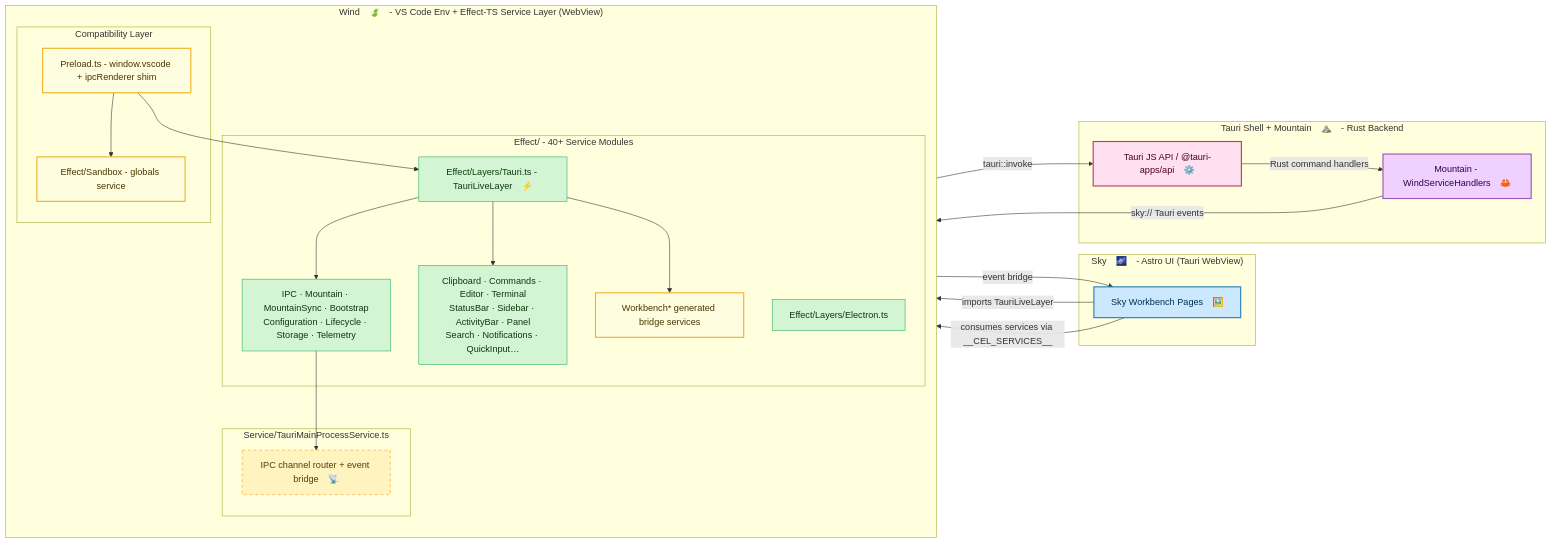
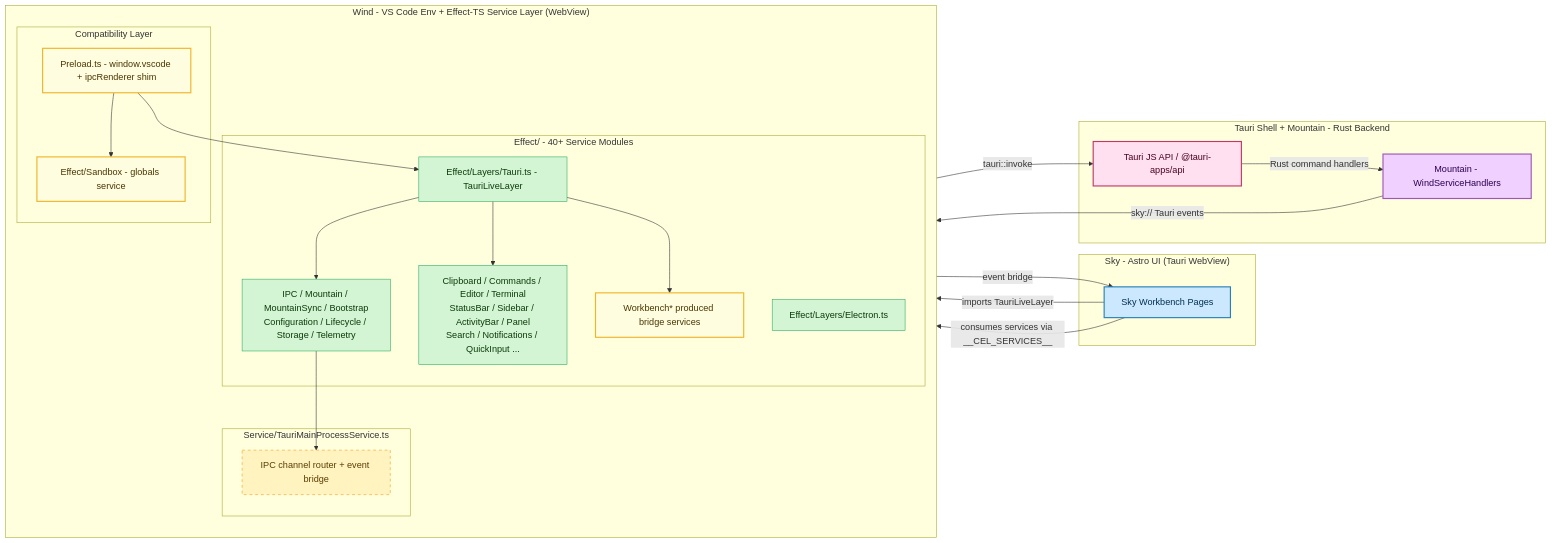
One commit to CodeEditorLand/Wind changed the fourth of 9 diagrams in README.md. Above: the diagram before and after it, drawn with Mermaid. The commit also changed other lines of this file and 1 other file, not shown here.

Commit message:
Refactor code structure for improved readability and maintainability

````diff
--- a/README.md
+++ b/README.md
@@ -151,50 +205,50 @@
 ```mermaid
 graph LR
     classDef sky      fill:#cce8ff,stroke:#2980b9,stroke-width:2px,color:#003050;
     classDef wind     fill:#fffde0,stroke:#f0b429,stroke-width:2px,color:#4a3500;
     classDef tauri    fill:#ffe0f0,stroke:#c0396a,stroke-width:2px,color:#4a0020;
     classDef mountain fill:#f0d0ff,stroke:#9b59b6,stroke-width:2px,color:#2c0050;
     classDef effectts fill:#d4f5d4,stroke:#27ae60,stroke-width:1px,color:#0a3a0a;
     classDef ipc      fill:#fff3c0,stroke:#f39c12,stroke-width:1px,stroke-dasharray:5 5,color:#5a3e00;
 
-    subgraph SKY["Sky 🌌 - Astro UI (Tauri WebView)"]
-        SkyApp["Sky Workbench Pages 🖼️"]:::sky
+    subgraph SKY["Sky - Astro UI (Tauri WebView)"]
+        SkyApp["Sky Workbench Pages"]:::sky
     end
 
-    subgraph WIND["Wind 🍃 - VS Code Env + Effect-TS Service Layer (WebView)"]
+    subgraph WIND["Wind - VS Code Env + Effect-TS Service Layer (WebView)"]
         direction TB
         subgraph COMPAT["Compatibility Layer"]
             Preload["Preload.ts - window.vscode + ipcRenderer shim"]:::wind
             Sandbox["Effect/Sandbox - globals service"]:::wind
         end
         subgraph EFFECTLAYERS["Effect/ - 40+ Service Modules"]
-            TauriLayer["Effect/Layers/Tauri.ts - TauriLiveLayer ⚡"]:::effectts
+            TauriLayer["Effect/Layers/Tauri.ts - TauriLiveLayer"]:::effectts
             ElectronLayer["Effect/Layers/Electron.ts"]:::effectts
-            CoreServices["IPC · Mountain · MountainSync · Bootstrap\nConfiguration · Lifecycle · Storage · Telemetry"]:::effectts
-            UIServices["Clipboard · Commands · Editor · Terminal\nStatusBar · Sidebar · ActivityBar · Panel\nSearch · Notifications · QuickInput…"]:::effectts
-            WorkbenchServices["Workbench* generated bridge services"]:::wind
+            CoreServices["IPC / Mountain / MountainSync / Bootstrap<br/>Configuration / Lifecycle / Storage / Telemetry"]:::effectts
+            UIServices["Clipboard / Commands / Editor / Terminal<br/>StatusBar / Sidebar / ActivityBar / Panel<br/>Search / Notifications / QuickInput ..."]:::effectts
+            WorkbenchServices["Workbench* produced bridge services"]:::wind
         end
         subgraph IPCBRIDGE["Service/TauriMainProcessService.ts"]
-            TauriSvc["IPC channel router + event bridge 📡"]:::ipc
+            TauriSvc["IPC channel router + event bridge"]:::ipc
         end
 
         Preload --> Sandbox
         Preload --> TauriLayer
         TauriLayer --> CoreServices
         TauriLayer --> UIServices
         TauriLayer --> WorkbenchServices
         CoreServices --> TauriSvc
     end
 
-    subgraph BACKEND["Tauri Shell + Mountain ⛰️ - Rust Backend"]
-        TauriAPI["Tauri JS API / @tauri-apps/api ⚙️"]:::tauri
-        MountainCore["Mountain - WindServiceHandlers 🦀"]:::mountain
+    subgraph BACKEND["Tauri Shell + Mountain - Rust Backend"]
+        TauriAPI["Tauri JS API / @tauri-apps/api"]:::tauri
+        MountainCore["Mountain - WindServiceHandlers"]:::mountain
     end
 
     SkyApp -- imports TauriLiveLayer --> TauriLayer
     SkyApp -- consumes services via __CEL_SERVICES__ --> UIServices
     TauriSvc -- tauri::invoke --> TauriAPI
     TauriAPI -- Rust command handlers --> MountainCore
     MountainCore -- sky:// Tauri events --> TauriSvc
     TauriSvc -- event bridge --> SkyApp
 ```
````
